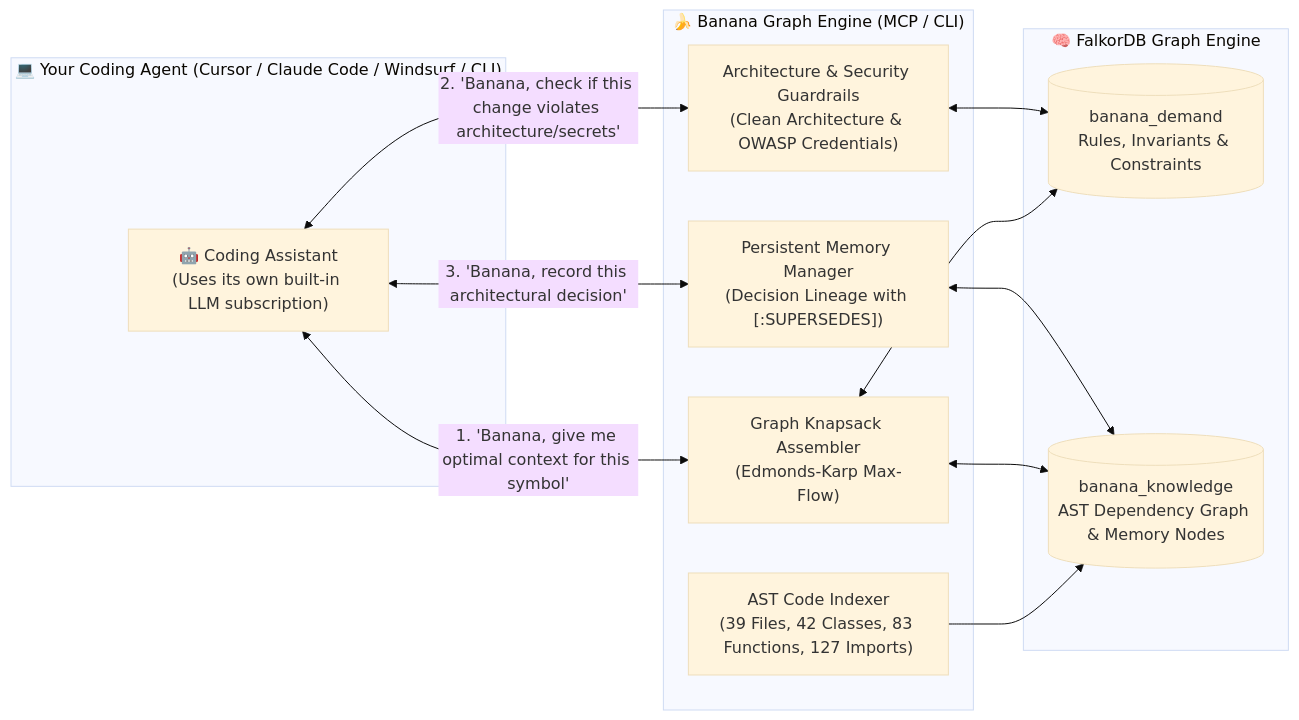
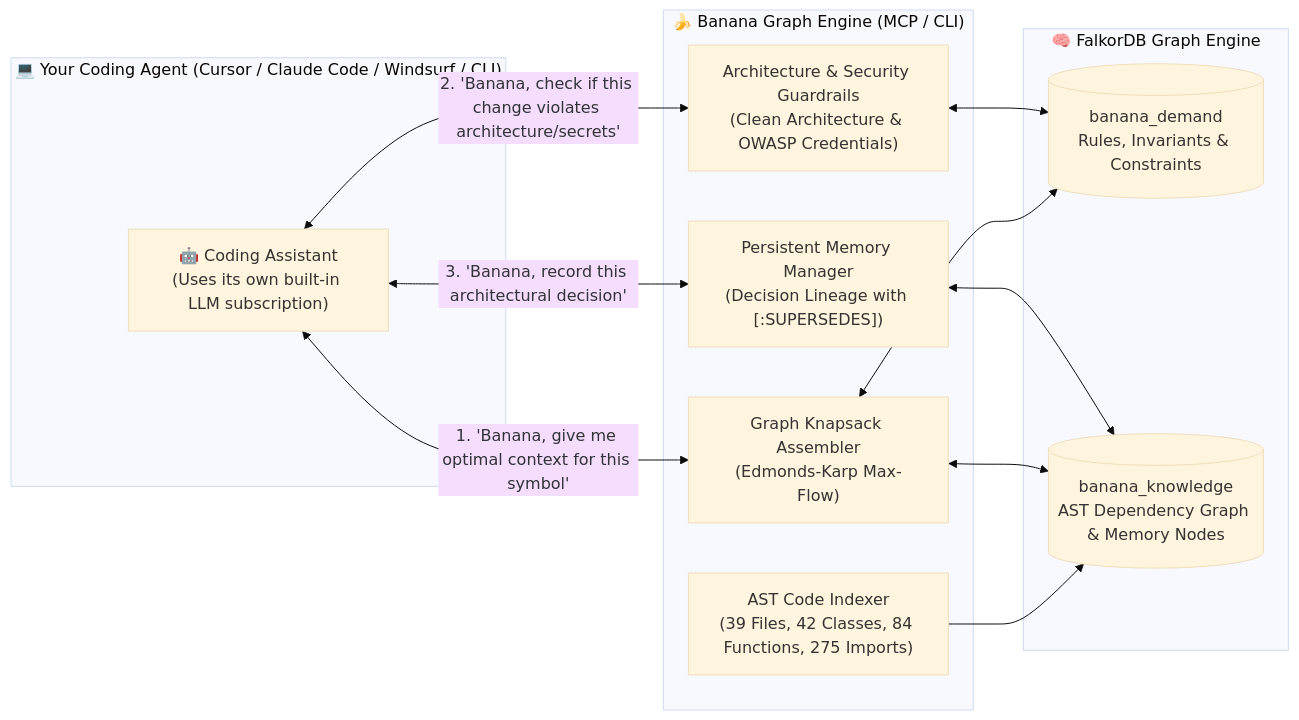
One commit to Viswesh934/Banana changed the first of 2 diagrams in README.md. Above: the diagram before and after it, drawn with Mermaid (base theme). The commit also changed other lines of this file and 2 other files, not shown here.

Commit message:
docs: map graph model and Cypher queries in README, show FalkorDB traversal steps in banana chat

````diff
--- a/README.md
+++ b/README.md
@@ -42,27 +39,27 @@
 ```mermaid
 flowchart LR
     subgraph CodingAgent ["💻 Your Coding Agent (Cursor / Claude Code / Windsurf / CLI)"]
         Agent["🤖 Coding Assistant\n(Uses its own built-in LLM subscription)"]
     end
 
     subgraph BananaBrain ["🍌 Banana Graph Engine (MCP / CLI)"]
-        AST["AST Code Indexer\n(39 Files, 42 Classes, 83 Functions, 127 Imports)"]
+        AST["AST Code Indexer\n(39 Files, 42 Classes, 84 Functions, 275 Imports)"]
         Knapsack["Graph Knapsack Assembler\n(Edmonds-Karp Max-Flow)"]
         Guardrails["Architecture & Security Guardrails\n(Clean Architecture & OWASP Credentials)"]
         Memory["Persistent Memory Manager\n(Decision Lineage with [:SUPERSEDES])"]
     end
 
     subgraph Falkor ["🧠 FalkorDB Graph Engine"]
         DemandGraph[("banana_demand\nRules, Invariants & Constraints")]
         CodeGraph[("banana_knowledge\nAST Dependency Graph & Memory Nodes")]
     end
 
     Agent <-->|1. 'Banana, give me optimal context for this symbol'| Knapsack
     Agent <-->|2. 'Banana, check if this change violates architecture/secrets'| Guardrails
     Agent <-->|3. 'Banana, record this architectural decision'| Memory
     
     AST --> CodeGraph
     Knapsack <--> DemandGraph & CodeGraph
     Guardrails <--> DemandGraph
     Memory <--> CodeGraph
 ```
````
